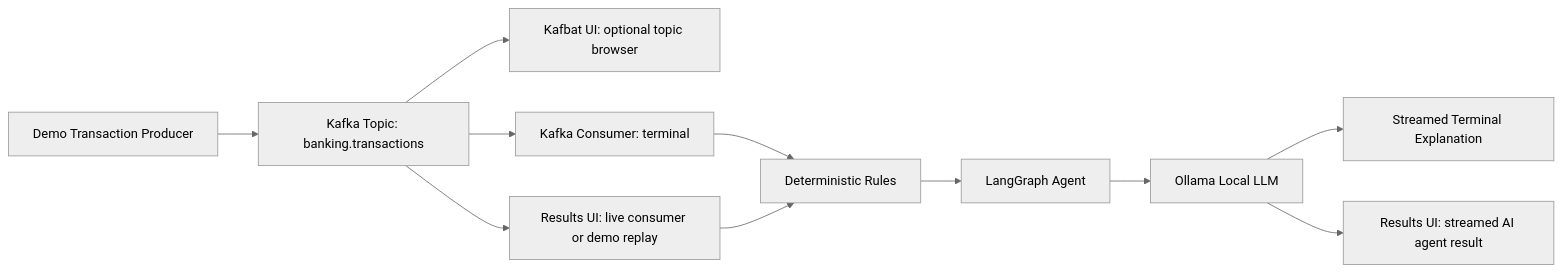
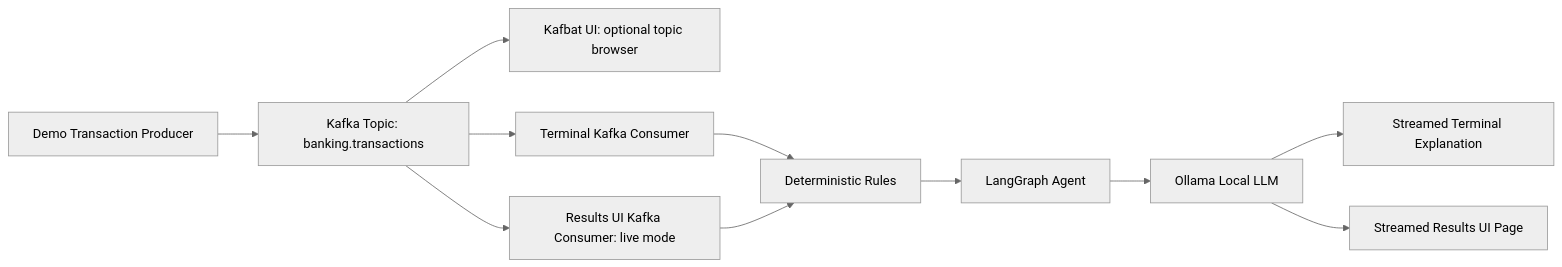
The diagram in README.md (thomassuedbroecker/simple_kafka_example), drawn with Mermaid (neutral theme) before and after one commit. The commit also changed other lines of this file and 3 other files, not shown here.

````diff
--- a/README.md
+++ b/README.md
@@ -89,13 +89,13 @@
 ```mermaid
 flowchart LR
     A[Demo Transaction Producer] --> B[Kafka Topic: banking.transactions]
     B --> H[Kafbat UI: optional topic browser]
-    B --> C[Kafka Consumer: terminal]
+    B --> C[Terminal Kafka Consumer]
+    B --> I[Results UI Kafka Consumer: live mode]
     C --> D[Deterministic Rules]
+    I --> D
     D --> E[LangGraph Agent]
     E --> F[Ollama Local LLM]
     F --> G[Streamed Terminal Explanation]
-    B --> I[Results UI: live consumer or demo replay]
-    I --> D
-    F --> J[Results UI: streamed AI agent result]
+    F --> J[Streamed Results UI Page]
 ```
````
